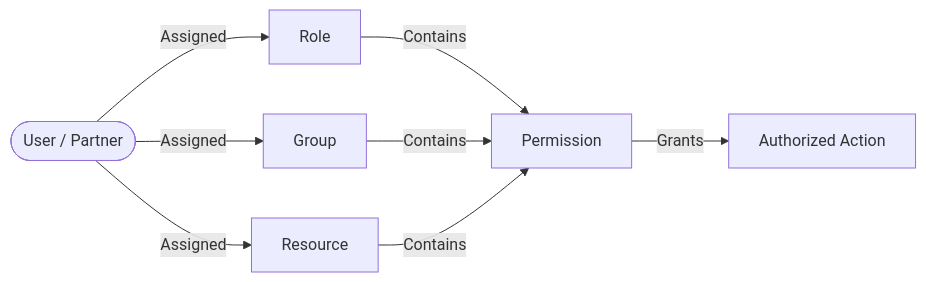
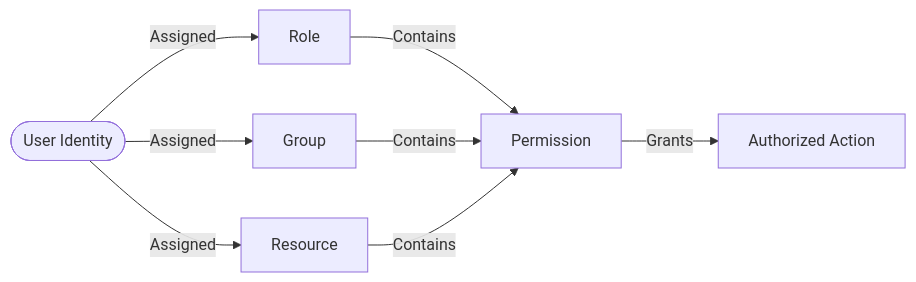
Before and after one commit to linhtn97/authory-service: the first of 2 diagrams in docs/ENTERPRISE_DESIGN.md, drawn with Mermaid. The commit also changed other lines of this file and 138 other files, not shown here.

Commit message:
feat(auth): migrate partner to user api keys, add ApiKeyController, and upgrade multi-stage dockerfile

````diff
--- a/docs/ENTERPRISE_DESIGN.md
+++ b/docs/ENTERPRISE_DESIGN.md
@@ -25,10 +25,10 @@
 ```mermaid
 graph LR
-    User([User / Partner]) -->|Assigned| Role[Role]
+    User([User Identity]) -->|Assigned| Role[Role]
     User -->|Assigned| Group[Group]
     User -->|Assigned| Resource[Resource]
     Role -->|Contains| Permission[Permission]
     Group -->|Contains| Permission
     Resource -->|Contains| Permission
     Permission -->|Grants| Action[Authorized Action]
 ```
````
